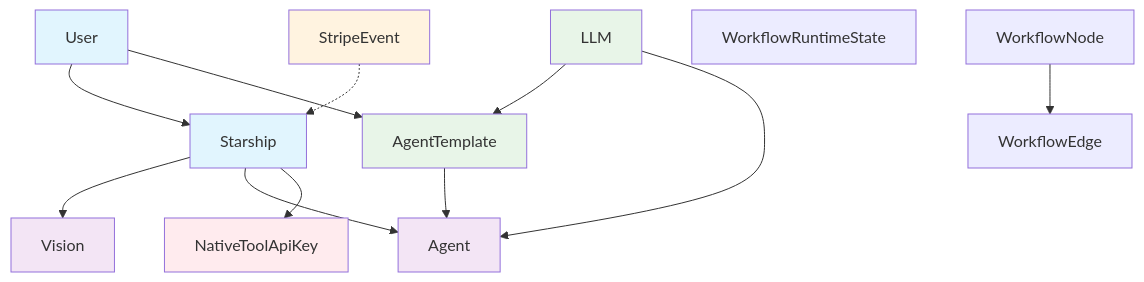
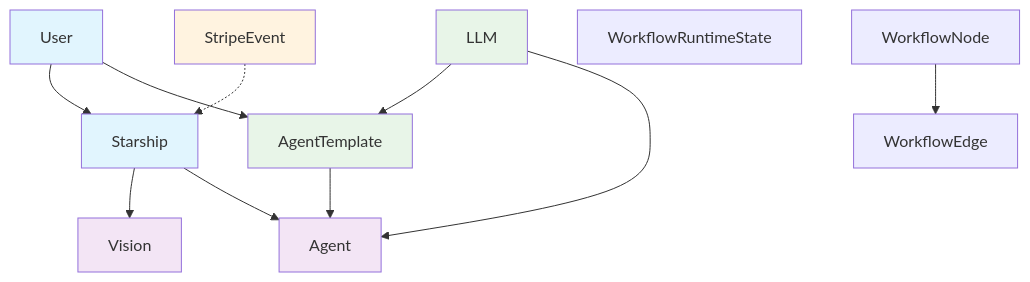
Before and after one commit to theingenuityco/starships.ai: the second of 2 diagrams in docs/er-diagram.md, drawn with Mermaid. The commit also changed other lines of this file and 47 other files, not shown here.

````diff
--- a/docs/er-diagram.md
+++ b/docs/er-diagram.md
@@ -185,34 +175,32 @@
 ```mermaid
 graph TD
     %% Core Entities
     U[User] --> S[Starship]
     S --> V[Vision]
     S --> A[Agent]
-    S --> NK[NativeToolApiKey]
 
     %% Agent System
     U --> AT[AgentTemplate]
     AT --> A
     L[LLM] --> AT
     L --> A
 
     %% Workflow System
     WN[WorkflowNode] --> WE[WorkflowEdge]
     WRS[WorkflowRuntimeState]
 
     %% Stripe Integration
     SE[StripeEvent] -.-> S
 
     %% Styling
     classDef primary fill:#e1f5fe
     classDef secondary fill:#f3e5f5
     classDef system fill:#e8f5e8
     classDef security fill:#ffebee
     classDef integration fill:#fff3e0
 
     class U,S primary
     class A,V secondary
     class L,AT system
-    class NK security
     class SE integration
 ```
````
